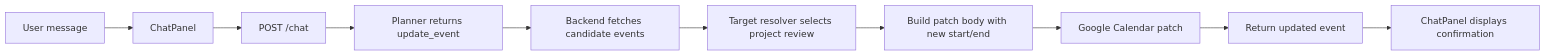
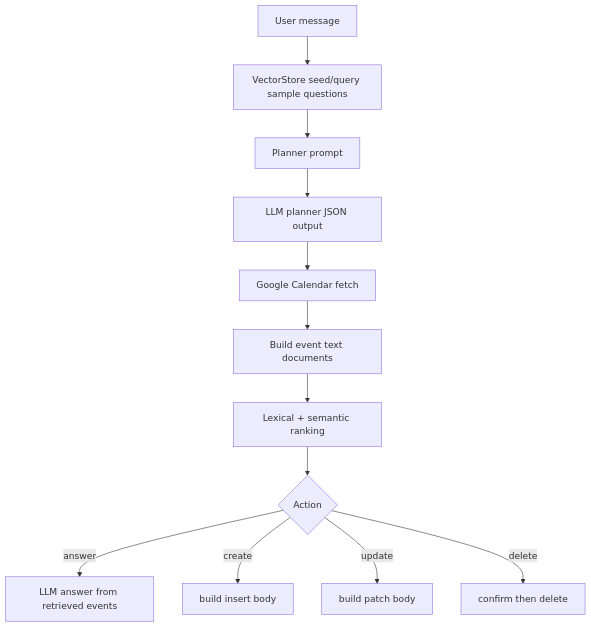
The sixth of 6 diagrams in PROJECT_DOCUMENTATION.md (rishabrkb123-collab/google-calendar-rag-chatbot), drawn with Mermaid before and after one commit. The commit also changed other lines of this file and 16 other files, not shown here.

````diff
--- a/PROJECT_DOCUMENTATION.md
+++ b/PROJECT_DOCUMENTATION.md
@@ -576,12 +571,14 @@
 ```mermaid
-flowchart LR
-    A[User message] --> B[ChatPanel]
-    B --> C[POST /chat]
-    C --> D[Planner returns update_event]
-    D --> E[Backend fetches candidate events]
-    E --> F[Target resolver selects project review]
-    F --> G[Build patch body with new start/end]
-    G --> H[Google Calendar patch]
-    H --> I[Return updated event]
-    I --> J[ChatPanel displays confirmation]
+flowchart TD
+    A[User message] --> B[VectorStore seed/query sample questions]
+    B --> C[Planner prompt]
+    C --> D[LLM planner JSON output]
+    D --> E[Google Calendar fetch]
+    E --> F[Build event text documents]
+    F --> G[Lexical + semantic ranking]
+    G --> H{Action}
+    H -->|answer| I[LLM answer from retrieved events]
+    H -->|create| J[build insert body]
+    H -->|update| K[build patch body]
+    H -->|delete| L[confirm then delete]
 ```
````
